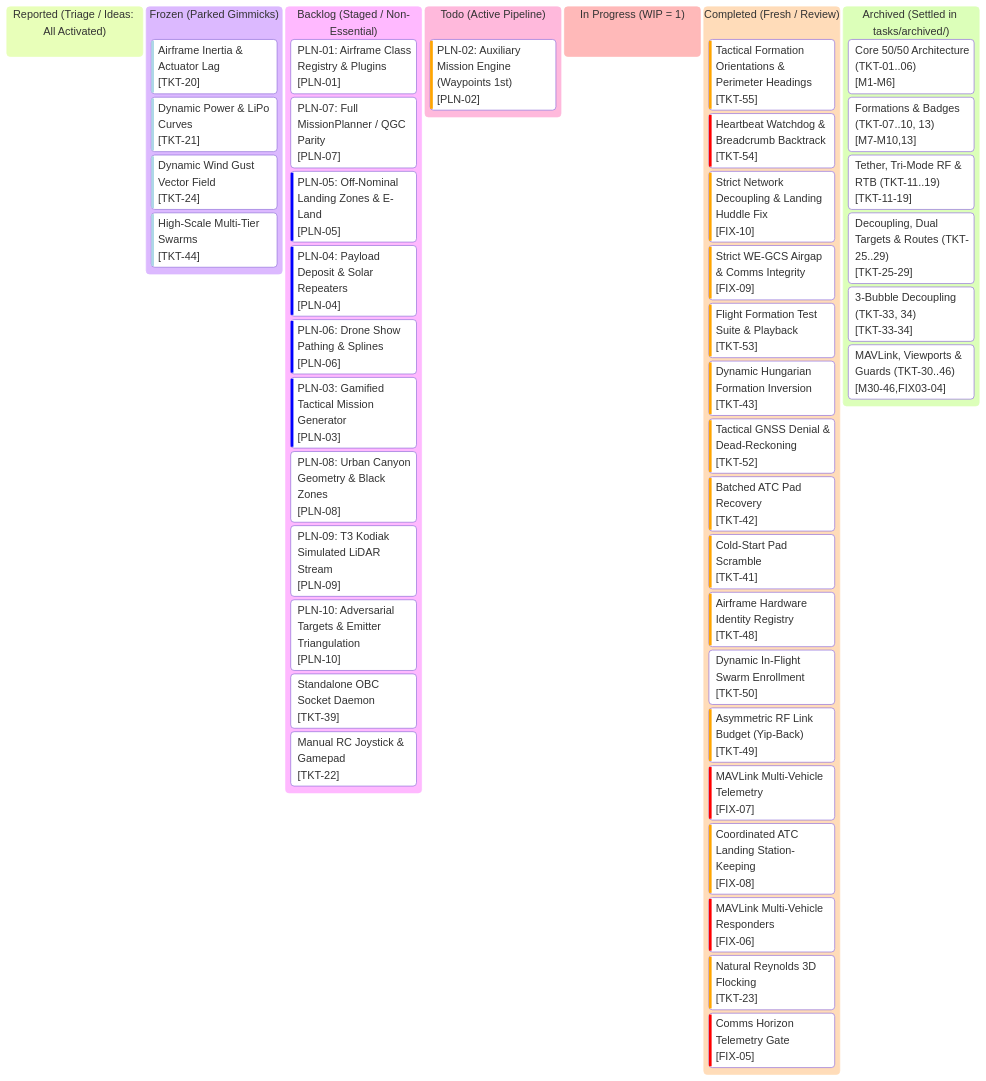
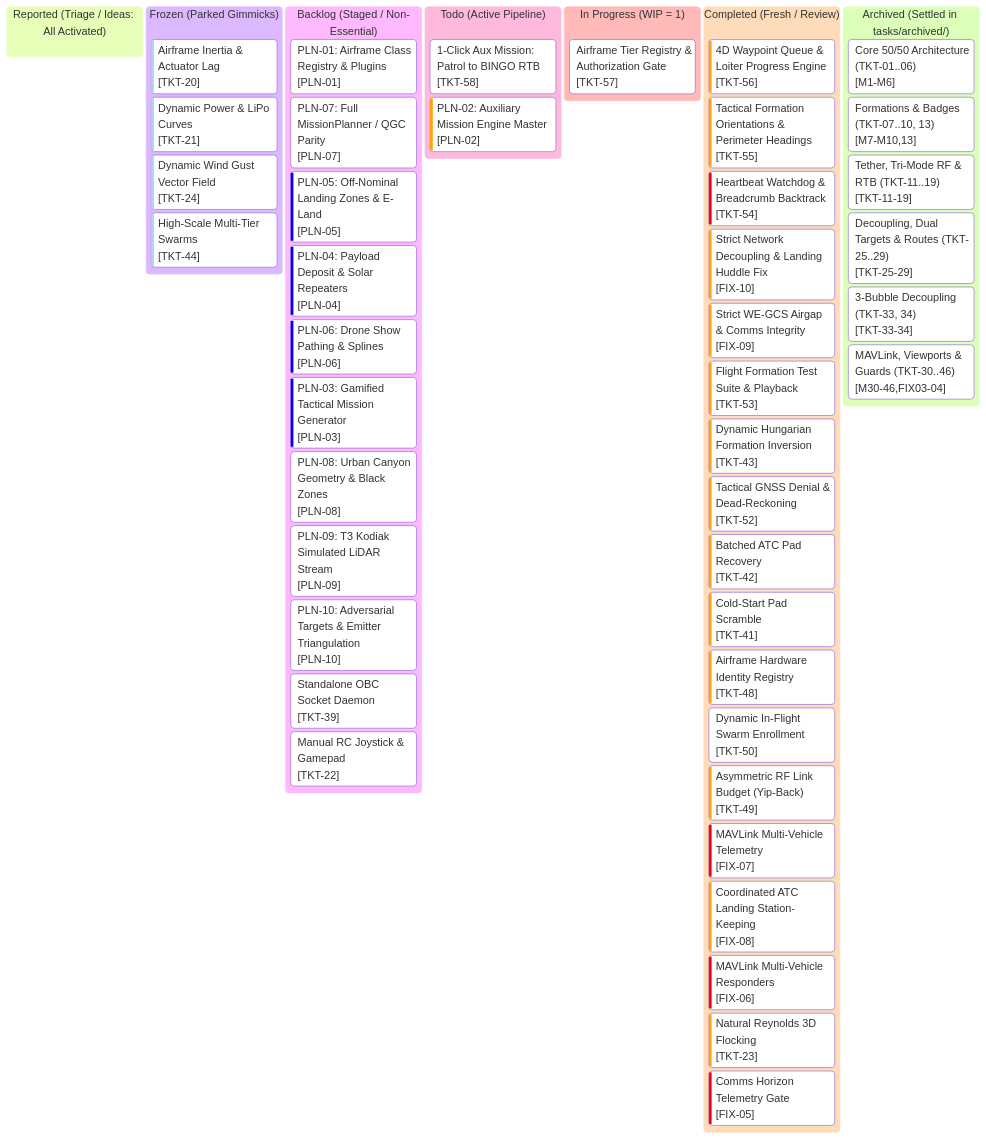
The diagram in kanban.md (AlitheiaDeus/AlitheiaHive), drawn with Mermaid before and after one commit. The commit also changed other lines of this file and 13 other files, not shown here.

First line of the commit message:
feat(mission): implement discrete 4D waypoint queue and loiter progress engine (TKT-56)

````diff
--- a/kanban.md
+++ b/kanban.md
@@ -10,70 +10,73 @@
 ```mermaid
 %%{init: {
   'theme': 'base',
   'themeVariables': {
     'primaryColor': '#0d2235',
     'primaryTextColor': '#d4f4ff',
     'primaryBorderColor': '#00f0ff',
     'lineColor': '#00f0ff',
     'background': '#061019',
     'mainBkg': '#0a1926',
     'secondaryColor': '#081420',
     'secondaryTextColor': '#5a7e96',
     'secondaryBorderColor': '#134e6f',
     'tertiaryColor': '#0e263d',
     'tertiaryTextColor': '#00ffaa',
     'tertiaryBorderColor': '#00ffaa',
     'clusterBkg': '#081420',
     'clusterBorder': '#134e6f',
     'fontFamily': "'JetBrains Mono', 'Courier New', monospace"
   }
 }}%%
 kanban
   reported["Reported (Triage / Ideas: All Activated)"]
   frozen["Frozen (Parked Gimmicks)"]
     tkt20["Airframe Inertia & Actuator Lag"]@{ ticket: '[TKT-20]', priority: 'Very Low' }
     tkt21["Dynamic Power & LiPo Curves"]@{ ticket: '[TKT-21]', priority: 'Very Low' }
     tkt24["Dynamic Wind Gust Vector Field"]@{ ticket: '[TKT-24]', priority: 'Very Low' }
     tkt44["High-Scale Multi-Tier Swarms"]@{ ticket: '[TKT-44]', priority: 'Very Low' }
   backlog["Backlog (Staged / Non-Essential)"]
     pln01["PLN-01: Airframe Class Registry & Plugins"]@{ ticket: '[PLN-01]', priority: 'Medium' }
     pln07["PLN-07: Full MissionPlanner / QGC Parity"]@{ ticket: '[PLN-07]', priority: 'Medium' }
     pln05["PLN-05: Off-Nominal Landing Zones & E-Land"]@{ ticket: '[PLN-05]', priority: 'Low' }
     pln04["PLN-04: Payload Deposit & Solar Repeaters"]@{ ticket: '[PLN-04]', priority: 'Low' }
     pln06["PLN-06: Drone Show Pathing & Splines"]@{ ticket: '[PLN-06]', priority: 'Low' }
     pln03["PLN-03: Gamified Tactical Mission Generator"]@{ ticket: '[PLN-03]', priority: 'Low' }
     pln08["PLN-08: Urban Canyon Geometry & Black Zones"]@{ ticket: '[PLN-08]', priority: 'Medium' }
     pln09["PLN-09: T3 Kodiak Simulated LiDAR Stream"]@{ ticket: '[PLN-09]', priority: 'Medium' }
     pln10["PLN-10: Adversarial Targets & Emitter Triangulation"]@{ ticket: '[PLN-10]', priority: 'Medium' }
     tkt39["Standalone OBC Socket Daemon"]@{ ticket: '[TKT-39]', priority: 'Medium' }
     tkt22["Manual RC Joystick & Gamepad"]@{ ticket: '[TKT-22]', priority: 'Medium' }
   todo["Todo (Active Pipeline)"]
-    pln02["PLN-02: Auxiliary Mission Engine (Waypoints 1st)"]@{ ticket: '[PLN-02]', priority: 'High' }
+    tkt58["1-Click Aux Mission: Patrol to BINGO RTB"]@{ ticket: '[TKT-58]', priority: 'Medium' }
+    pln02["PLN-02: Auxiliary Mission Engine Master"]@{ ticket: '[PLN-02]', priority: 'High' }
   in_progress["In Progress (WIP = 1)"]
+    tkt57["Airframe Tier Registry & Authorization Gate"]@{ ticket: '[TKT-57]', priority: 'Medium' }
 
   completed["Completed (Fresh / Review)"]
+    tkt56["4D Waypoint Queue & Loiter Progress Engine"]@{ ticket: '[TKT-56]', priority: 'High' }
     tkt55["Tactical Formation Orientations & Perimeter Headings"]@{ ticket: '[TKT-55]', priority: 'High' }
     tkt54["Heartbeat Watchdog & Breadcrumb Backtrack"]@{ ticket: '[TKT-54]', priority: 'Very High' }
     fix10["Strict Network Decoupling & Landing Huddle Fix"]@{ ticket: '[FIX-10]', priority: 'High' }
     fix09["Strict WE-GCS Airgap & Comms Integrity"]@{ ticket: '[FIX-09]', priority: 'High' }
     tkt53["Flight Formation Test Suite & Playback"]@{ ticket: '[TKT-53]', priority: 'High' }
     tkt43["Dynamic Hungarian Formation Inversion"]@{ ticket: '[TKT-43]', priority: 'High' }
     tkt52["Tactical GNSS Denial & Dead-Reckoning"]@{ ticket: '[TKT-52]', priority: 'High' }
     tkt42["Batched ATC Pad Recovery"]@{ ticket: '[TKT-42]', priority: 'High' }
     tkt41["Cold-Start Pad Scramble"]@{ ticket: '[TKT-41]', priority: 'High' }
     tkt48["Airframe Hardware Identity Registry"]@{ ticket: '[TKT-48]', priority: 'High' }
     tkt50["Dynamic In-Flight Swarm Enrollment"]@{ ticket: '[TKT-50]', priority: 'Medium' }
     tkt49["Asymmetric RF Link Budget (Yip-Back)"]@{ ticket: '[TKT-49]', priority: 'High' }
     fix07["MAVLink Multi-Vehicle Telemetry"]@{ ticket: '[FIX-07]', priority: 'Very High' }
     fix08["Coordinated ATC Landing Station-Keeping"]@{ ticket: '[FIX-08]', priority: 'High' }
     fix06["MAVLink Multi-Vehicle Responders"]@{ ticket: '[FIX-06]', priority: 'Very High' }
     tkt23["Natural Reynolds 3D Flocking"]@{ ticket: '[TKT-23]', priority: 'High' }
     fix05["Comms Horizon Telemetry Gate"]@{ ticket: '[FIX-05]', priority: 'Very High' }
   archived["Archived (Settled in tasks/archived/)"]
     arch_m1_6["Core 50/50 Architecture (TKT-01..06)"]@{ ticket: '[M1-M6]' }
     arch_m7_10_13["Formations & Badges (TKT-07..10, 13)"]@{ ticket: '[M7-M10,13]' }
     arch_m11_19["Tether, Tri-Mode RF & RTB (TKT-11..19)"]@{ ticket: '[TKT-11-19]' }
     arch_m25_29["Decoupling, Dual Targets & Routes (TKT-25..29)"]@{ ticket: '[TKT-25-29]' }
     arch_m33_34["3-Bubble Decoupling (TKT-33, 34)"]@{ ticket: '[TKT-33-34]' }
     arch_m30_46["MAVLink, Viewports & Guards (TKT-30..46)"]@{ ticket: '[M30-46,FIX03-04]' }
 ```
````
